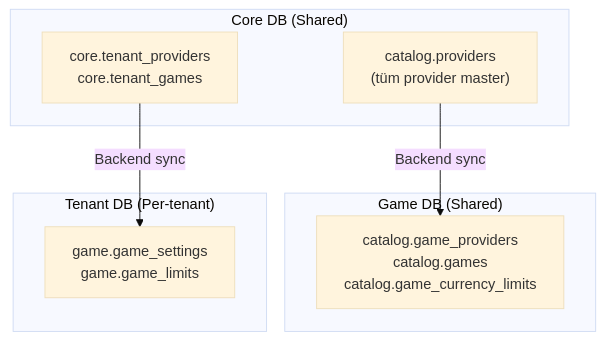
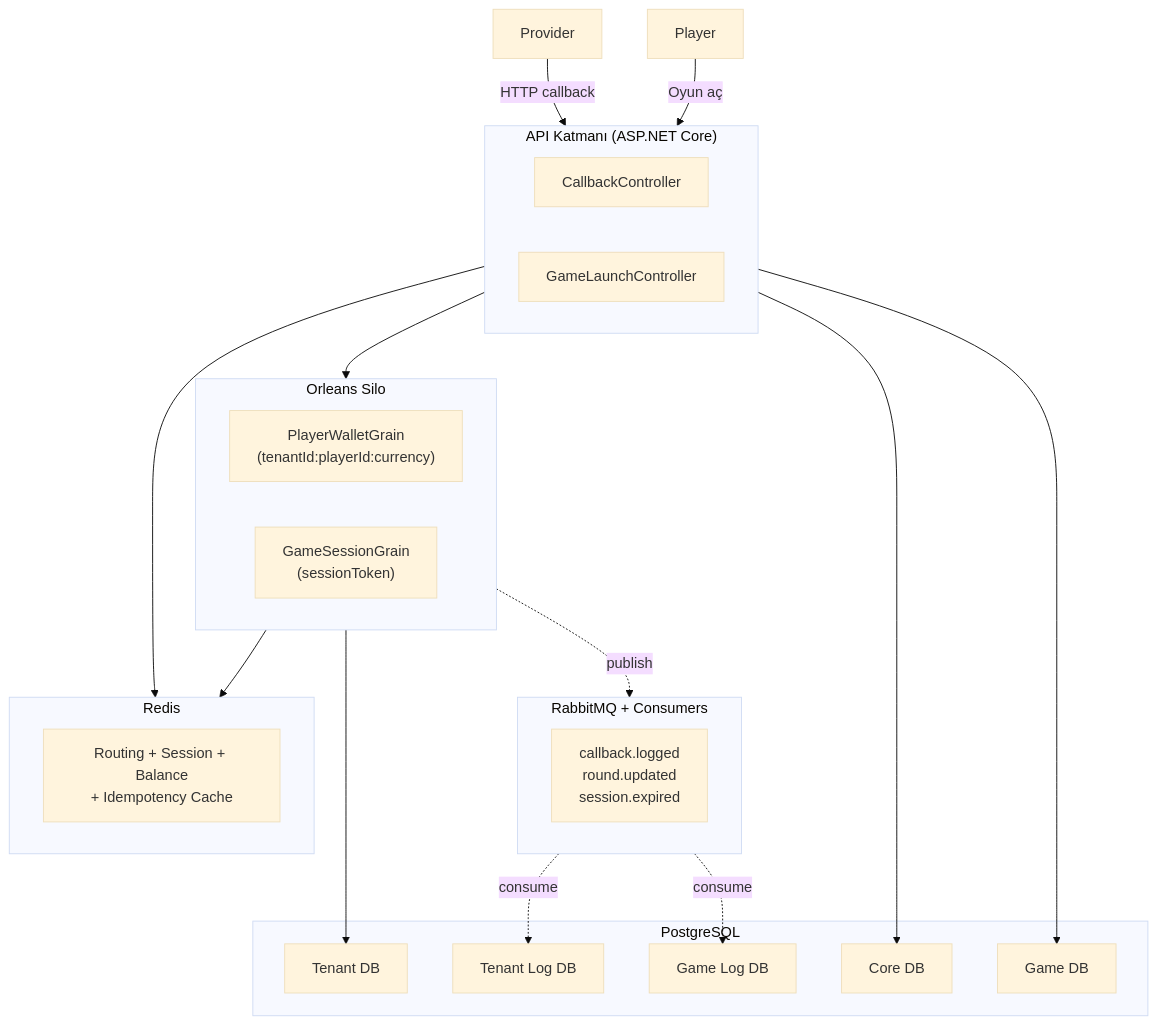
The first of 8 diagrams in .docs/guides/GAME_GATEWAY_GUIDE.md (frhtshn/One.DB), drawn with Mermaid (base theme) before and after one commit. The commit also changed other lines of this file and 1 other file, not shown here.

````diff
--- a/.docs/guides/GAME_GATEWAY_GUIDE.md
+++ b/.docs/guides/GAME_GATEWAY_GUIDE.md
@@ -9,15 +31,41 @@
 ```mermaid
 flowchart TD
-    subgraph core["Core DB (Shared)"]
-        C1["catalog.providers<br/>(tüm provider master)"]
-        C2["core.tenant_providers<br/>core.tenant_games"]
+    PR["Provider"] -->|"HTTP callback"| API
+    PL["Player"] -->|"Oyun aç"| API
+
+    subgraph API["API Katmanı (ASP.NET Core)"]
+        CC["CallbackController"]
+        GLC["GameLaunchController"]
     end
-    subgraph game["Game DB (Shared)"]
-        G1["catalog.game_providers<br/>catalog.games<br/>catalog.game_currency_limits"]
+
+    subgraph ORLEANS["Orleans Silo"]
+        PWG["PlayerWalletGrain<br/>(tenantId:playerId:currency)"]
+        GSG["GameSessionGrain<br/>(sessionToken)"]
     end
-    subgraph tenant["Tenant DB (Per-tenant)"]
-        T1["game.game_settings<br/>game.game_limits"]
+
+    subgraph CACHE["Redis"]
+        RC["Routing + Session + Balance<br/>+ Idempotency Cache"]
     end
-    C1 -- "Backend sync" --> G1
-    C2 -- "Backend sync" --> T1
+
+    subgraph ASYNC["RabbitMQ + Consumers"]
+        Q["callback.logged<br/>round.updated<br/>session.expired"]
+    end
+
+    subgraph DB["PostgreSQL"]
+        CDB["Core DB"]
+        GDB["Game DB"]
+        TDB["Tenant DB"]
+        TLDB["Tenant Log DB"]
+        GLDB["Game Log DB"]
+    end
+
+    API --> CACHE
+    API --> ORLEANS
+    ORLEANS --> CACHE
+    ORLEANS --> TDB
+    API --> CDB
+    API --> GDB
+    ORLEANS -.->|"publish"| ASYNC
+    ASYNC -.->|"consume"| TLDB
+    ASYNC -.->|"consume"| GLDB
 ```
````
